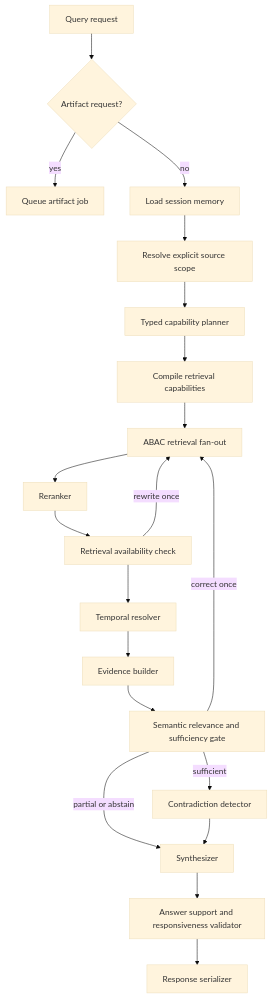
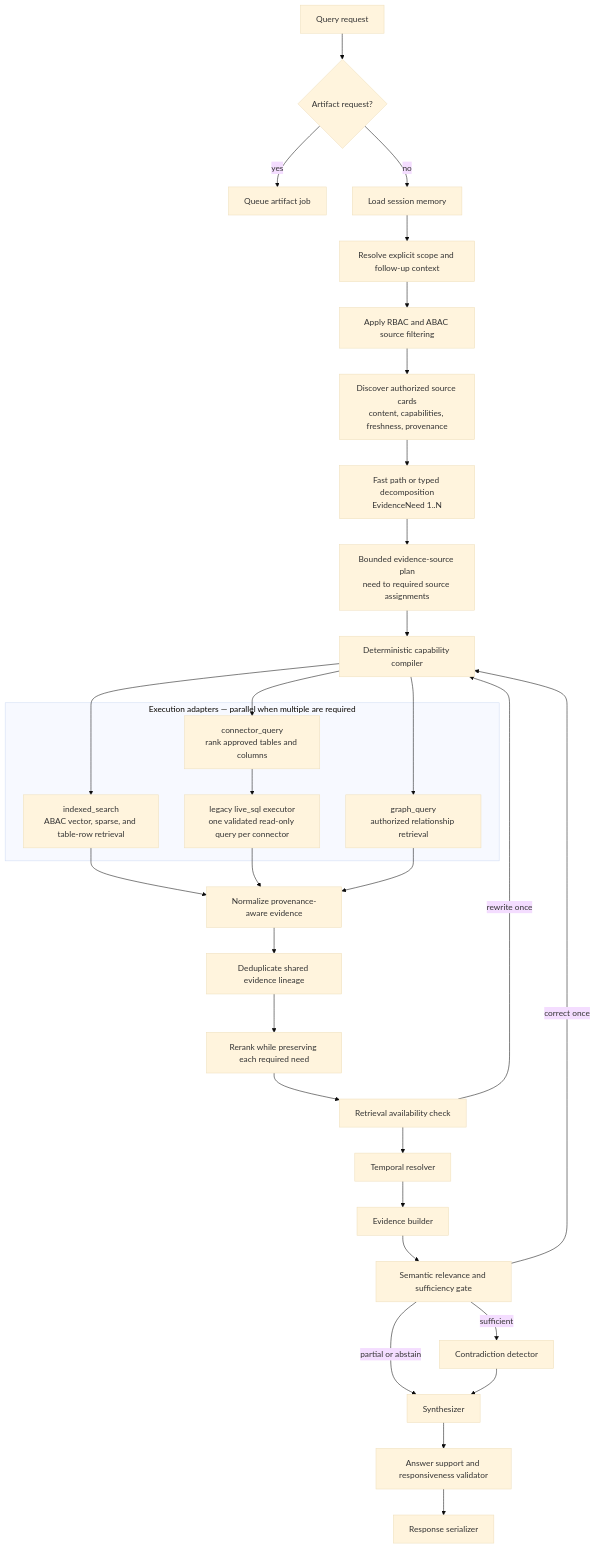
Before and after one commit to TouqeerShahid951/EnterpriseRAG: the third of 3 diagrams in design.md, drawn with Mermaid (base theme). The commit also changed other lines of this file and 613 other files, not shown here.

Commit message:
feat: update RAG ingestion, query analytics, and document workflows

````diff
--- a/design.md
+++ b/design.md
@@ -209,22 +210,38 @@
 ```mermaid
 flowchart TD
     Start["Query request"] --> Artifact{"Artifact request?"}
     Artifact -->|yes| Queue["Queue artifact job"]
     Artifact -->|no| Memory["Load session memory"]
-    Memory --> Source["Resolve explicit source scope"]
-    Source --> Planner["Typed capability planner"]
-    Planner --> Compile["Compile retrieval capabilities"]
-    Compile --> Retrieve["ABAC retrieval fan-out"]
-    Retrieve --> Rerank["Reranker"]
+    Memory --> Scope["Resolve explicit scope and follow-up context"]
+    Scope --> Auth["Apply RBAC and ABAC source filtering"]
+    Auth --> Candidates["Discover authorized source cards<br/>content, capabilities, freshness, provenance"]
+    Candidates --> Planner["Fast path or typed decomposition<br/>EvidenceNeed 1..N"]
+    Planner --> Assign["Bounded evidence-source plan<br/>need to required source assignments"]
+    Assign --> Compile["Deterministic capability compiler"]
+    subgraph Retrieval["Execution adapters — parallel when multiple are required"]
+        DocumentSearch["indexed_search<br/>ABAC vector, sparse, and table-row retrieval"]
+        Schema["connector_query<br/>rank approved tables and columns"]
+        SQL["legacy live_sql executor<br/>one validated read-only query per connector"]
+        Graph["graph_query<br/>authorized relationship retrieval"]
+    end
+    Compile --> DocumentSearch
+    Compile --> Schema
+    Compile --> Graph
+    Schema --> SQL
+    DocumentSearch --> Merge["Normalize provenance-aware evidence"]
+    SQL --> Merge
+    Graph --> Merge
+    Merge --> Dedupe["Deduplicate shared evidence lineage"]
+    Dedupe --> Rerank["Rerank while preserving each required need"]
     Rerank --> Verify["Retrieval availability check"]
-    Verify -->|rewrite once| Retrieve
+    Verify -->|rewrite once| Compile
     Verify --> Temporal["Temporal resolver"]
     Temporal --> Evidence["Evidence builder"]
     Evidence --> Gate["Semantic relevance and sufficiency gate"]
-    Gate -->|correct once| Retrieve
+    Gate -->|correct once| Compile
     Gate -->|partial or abstain| Synthesis["Synthesizer"]
     Gate -->|sufficient| Conflict["Contradiction detector"]
     Conflict --> Synthesis
     Synthesis --> Faith["Answer support and responsiveness validator"]
     Faith --> Serialize["Response serializer"]
 ```
````
